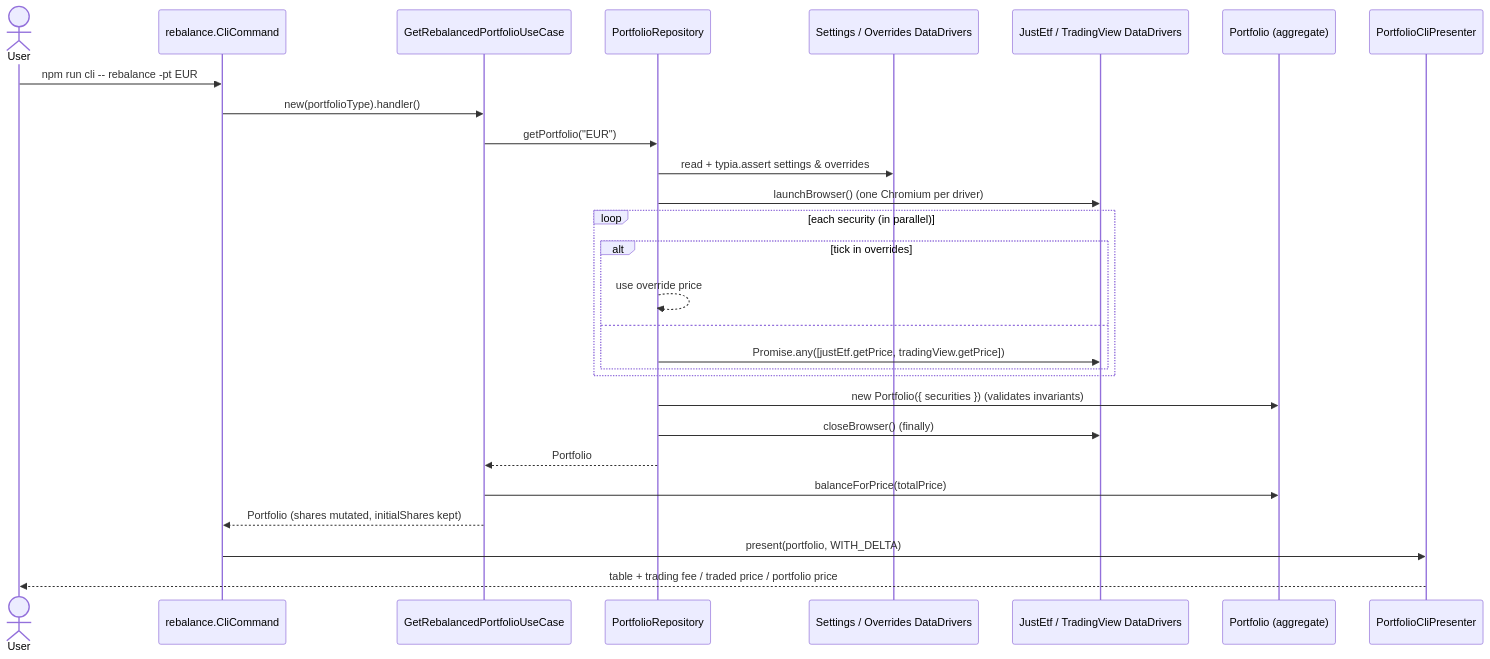
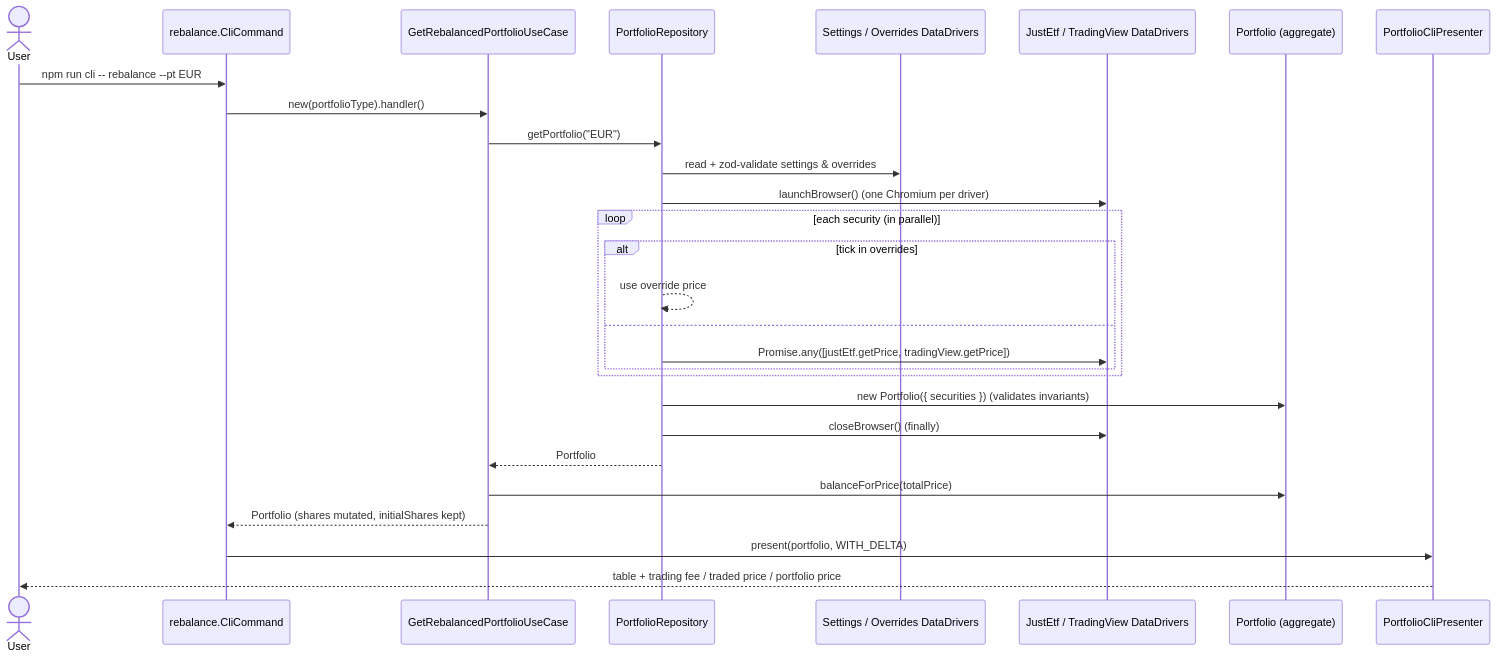
One commit to armaaar/stock-calc changed the third of 3 diagrams in docs/architecture/overview.md. Above: the diagram before and after it, drawn with Mermaid. The commit also changed other lines of this file and 12 other files, not shown here.

````diff
--- a/docs/architecture/overview.md
+++ b/docs/architecture/overview.md
@@ -63,31 +72,31 @@
 ```mermaid
 sequenceDiagram
   actor U as User
   participant C as rebalance.CliCommand
   participant UC as GetRebalancedPortfolioUseCase
   participant R as PortfolioRepository
   participant S as Settings / Overrides DataDrivers
   participant P as JustEtf / TradingView DataDrivers
   participant E as Portfolio (aggregate)
   participant V as PortfolioCliPresenter
 
-  U->>C: npm run cli -- rebalance -pt EUR
+  U->>C: npm run cli -- rebalance --pt EUR
   C->>UC: new(portfolioType).handler()
   UC->>R: getPortfolio("EUR")
-  R->>S: read + typia.assert settings & overrides
+  R->>S: read + zod-validate settings & overrides
   R->>P: launchBrowser() (one Chromium per driver)
   loop each security (in parallel)
     alt tick in overrides
       R-->>R: use override price
     else
       R->>P: Promise.any([justEtf.getPrice, tradingView.getPrice])
     end
   end
   R->>E: new Portfolio({ securities }) (validates invariants)
   R->>P: closeBrowser() (finally)
   R-->>UC: Portfolio
   UC->>E: balanceForPrice(totalPrice)
   UC-->>C: Portfolio (shares mutated, initialShares kept)
   C->>V: present(portfolio, WITH_DELTA)
   V-->>U: table + trading fee / traded price / portfolio price
 ```
````
